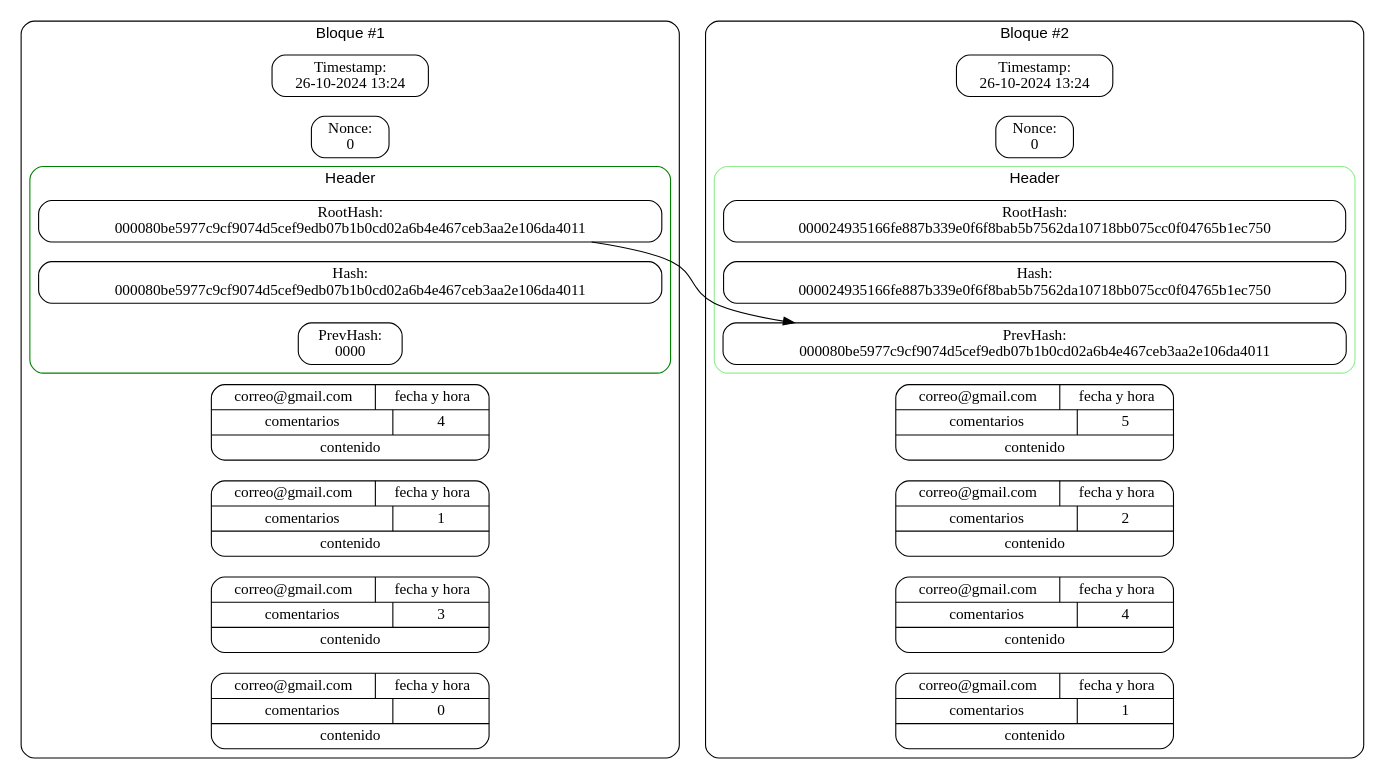
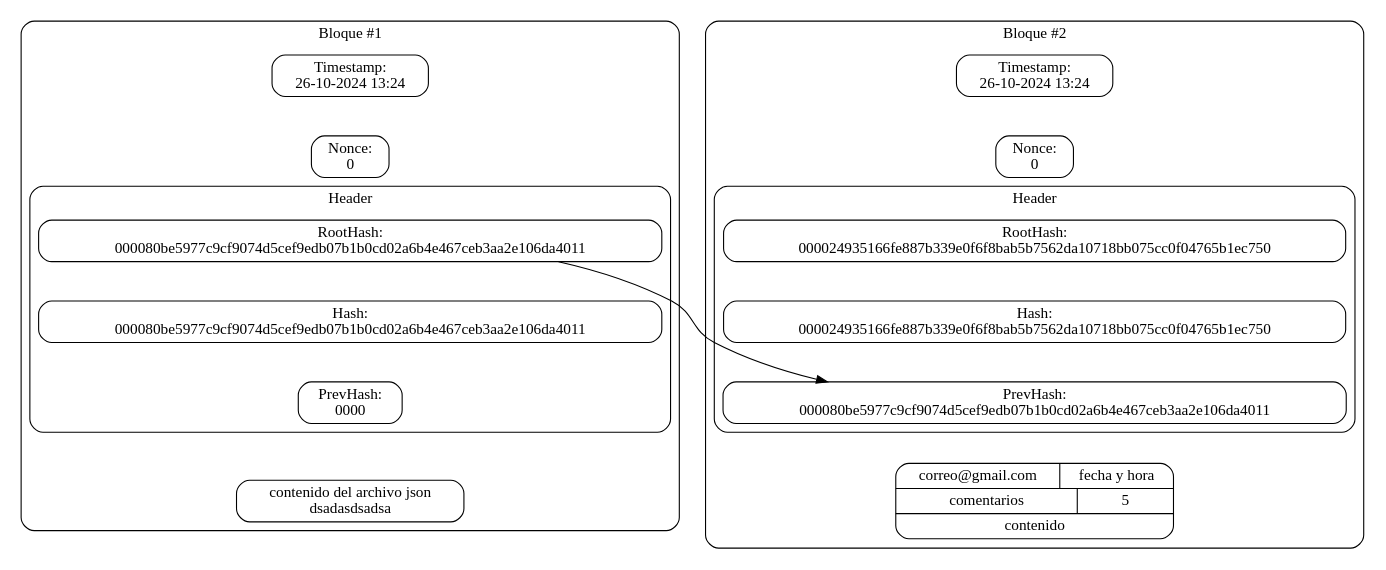
Before and after one commit to D3r3-k/-EDD-Proyecto_202001151: the diagram in Fase3/build/Desktop_Qt_6_7_2_MinGW_64_bit-Debug/Blockchain/blockchain.dot, drawn with Graphviz. The commit also changed 28 other files, not shown here.

```diff
--- a/Fase3/build/Desktop_Qt_6_7_2_MinGW_64_bit-Debug/Blockchain/blockchain.dot
+++ b/Fase3/build/Desktop_Qt_6_7_2_MinGW_64_bit-Debug/Blockchain/blockchain.dot
@@ -1,75 +1,57 @@
 digraph G {   
     subgraph cluster_block1 {
         label="Bloque #1"
-        fontname="Arial";
         style=rounded;
         color=black;
         edge [style=invis];
-        // espacio entre conexiones
-        ranksep=1.0;
 
         timestamp1 [label="Timestamp: \n26-10-2024 13:24"; shape=box; style=rounded];
         nonce1 [label="Nonce: \n0"; shape=box; style=rounded];
         timestamp1 -> nonce1 -> root1
         subgraph cluster_header1 {
             label="Header"
-            fontname="Arial";
             style=rounded;
-            color=green;
 
             root1 [label="RootHash: \n000080be5977c9cf9074d5cef9edb07b1b0cd02a6b4e467ceb3aa2e106da4011"; shape=box; style=rounded];
             proof1 [label="Hash: \n000080be5977c9cf9074d5cef9edb07b1b0cd02a6b4e467ceb3aa2e106da4011"; shape=box; style=rounded];
             hash1 [label="PrevHash: \n0000"; shape=box; style=rounded];
 
             root1 -> proof1
             proof1 -> hash1
         }
-        trans4 [label="{{correo@gmail.com|fecha y hora}|{comentarios | 4}|contenido}"; shape=record; style=rounded];
-        trans5 [label="{{correo@gmail.com|fecha y hora}|{comentarios | 1}|contenido}"; shape=record; style=rounded];
-        trans6 [label="{{correo@gmail.com|fecha y hora}|{comentarios | 3}|contenido}"; shape=record; style=rounded];
-        trans7 [label="{{correo@gmail.com|fecha y hora}|{comentarios | 0}|contenido}"; shape=record; style=rounded];
+        trans4 [label="contenido del archivo json \ndsadasdsadsa"; shape=box; style=rounded];
 
         // el subgrafo cluster_header1 se conecta con las transacciones
-        hash1 -> trans4 -> trans5 -> trans6 -> trans7
+        hash1 -> trans4
     }
 
     subgraph cluster_block2 {
         label="Bloque #2"
-        fontname="Arial";
         style=rounded;
         color=black;
         edge [style=invis];
-        // espacio entre conexiones
-        ranksep=1.0;
         
         timestamp2 [label="Timestamp: \n26-10-2024 13:24"; shape=box; style=rounded];
         nonce2 [label="Nonce: \n0"; shape=box; style=rounded];
         timestamp2 -> nonce2 -> root2
         subgraph cluster_header2 {
             label="Header"
-            fontname="Arial";
             style=rounded;
-            color=lightgreen;
 
             root2 [label="RootHash: \n000024935166fe887b339e0f6f8bab5b7562da10718bb075cc0f04765b1ec750"; shape=box; style=rounded];
             proof2 [label="Hash: \n000024935166fe887b339e0f6f8bab5b7562da10718bb075cc0f04765b1ec750"; shape=box; style=rounded];
             hash2 [label="PrevHash: \n000080be5977c9cf9074d5cef9edb07b1b0cd02a6b4e467ceb3aa2e106da4011"; shape=box; style=rounded];
 
             root2 -> proof2
             proof2 -> hash2
         }
 
         // Transacciones dentro del bloque 3
         trans9 [label="{{correo@gmail.com|fecha y hora}|{comentarios | 5}|contenido}"; shape=record; style=rounded];
-        trans10 [label="{{correo@gmail.com|fecha y hora}|{comentarios | 2}|contenido}"; shape=record; style=rounded];
-        trans11 [label="{{correo@gmail.com|fecha y hora}|{comentarios | 4}|contenido}"; shape=record; style=rounded];
-        trans12 [label="{{correo@gmail.com|fecha y hora}|{comentarios | 1}|contenido}"; shape=record; style=rounded];
-
-        trans9 -> trans10 -> trans11 -> trans12
 
         hash2 -> trans9
     }
 
     // conectar bloque1 con hash2, pero sin afectar el diseño
     root1 -> hash2 [constraint=false;];    
 }
```
